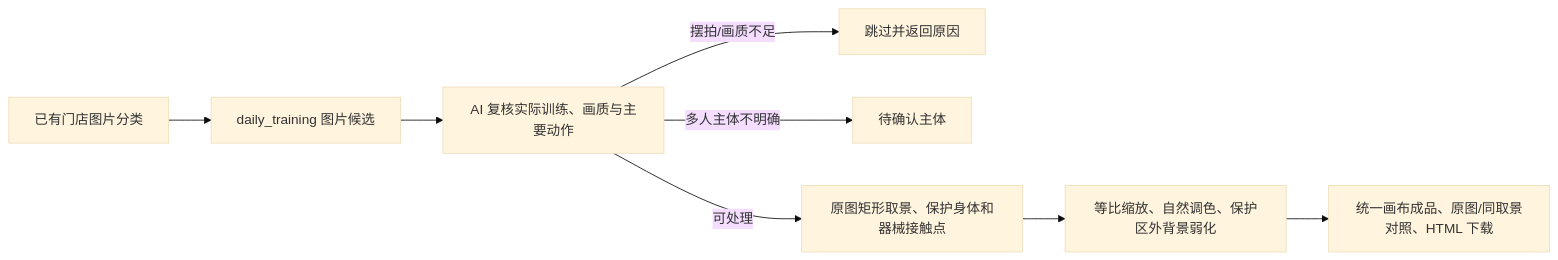
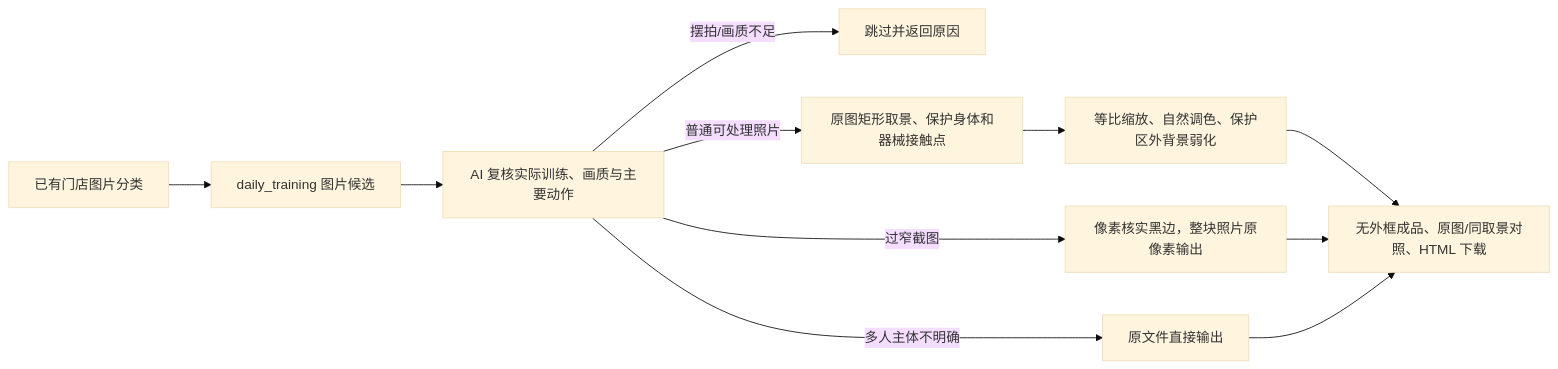
One commit to zmdo/smart-pos changed the diagram in docs/workflows/training-daily.md. Above: the diagram before and after it, drawn with Mermaid (base theme). The commit also changed other lines of this file and 9 other files, not shown here.

````diff
--- a/docs/workflows/training-daily.md
+++ b/docs/workflows/training-daily.md
@@ -5,10 +5,13 @@
 ```mermaid
 flowchart LR
     A[已有门店图片分类] --> B[daily_training 图片候选]
     B --> C[AI 复核实际训练、画质与主要动作]
     C -->|摆拍/画质不足| R[跳过并返回原因]
-    C -->|多人主体不明确| Q[待确认主体]
-    C -->|可处理| D[原图矩形取景、保护身体和器械接触点]
+    C -->|多人主体不明确| Q[原文件直接输出]
+    C -->|过窄截图| N[像素核实黑边，整块照片原像素输出]
+    C -->|普通可处理照片| D[原图矩形取景、保护身体和器械接触点]
     D --> E[等比缩放、自然调色、保护区外背景弱化]
-    E --> F[统一画布成品、原图/同取景对照、HTML 下载]
+    E --> F[无外框成品、原图/同取景对照、HTML 下载]
+    N --> F
+    Q --> F
 ```
````
